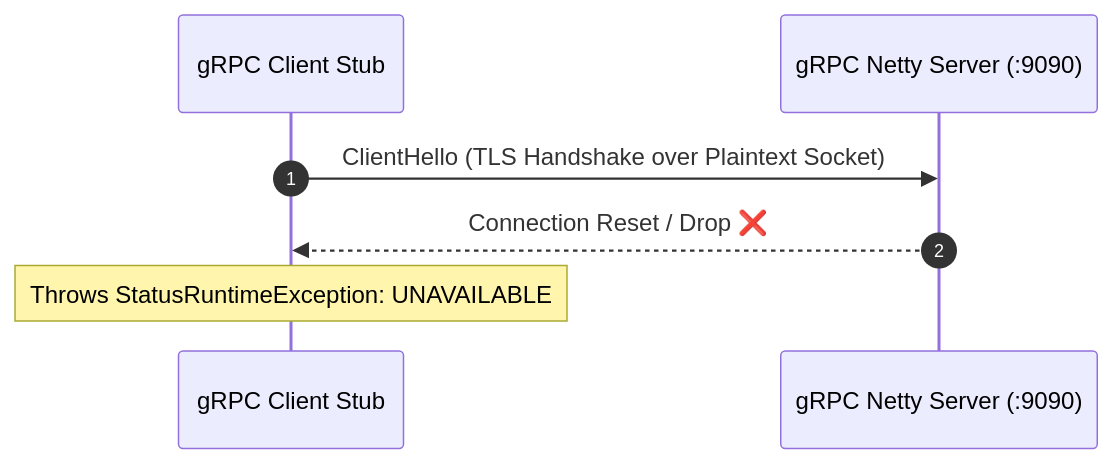
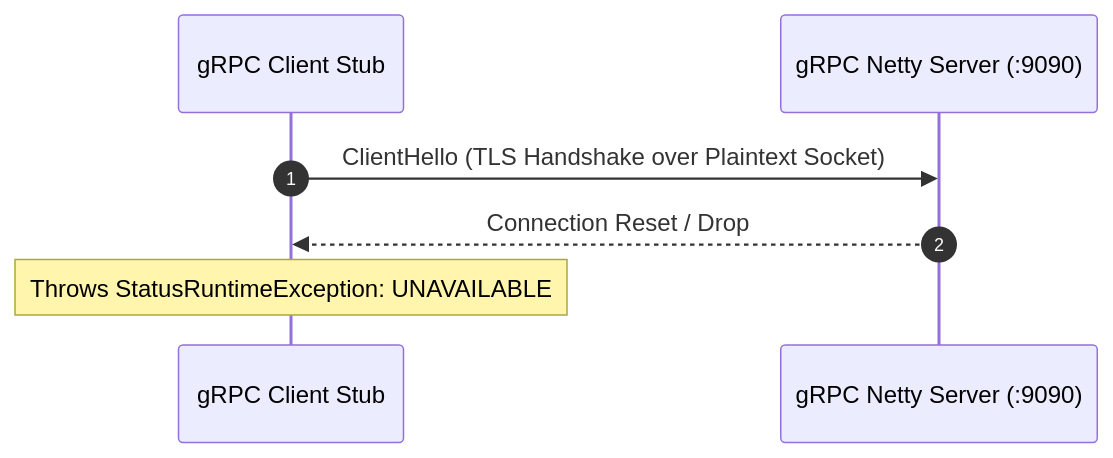
One commit to Rohit1024/spring-boot-mastery changed the second of 3 diagrams in docs/debugging/graphql-n-plus-1-grpc-and-websocket-broker-pitfalls.md. Above: the diagram before and after it, drawn with Mermaid. The commit also changed other lines of this file and 117 other files, not shown here.

````diff
--- a/docs/debugging/graphql-n-plus-1-grpc-and-websocket-broker-pitfalls.md
+++ b/docs/debugging/graphql-n-plus-1-grpc-and-websocket-broker-pitfalls.md
@@ -74,10 +74,10 @@
 ``` mermaid
 sequenceDiagram
     autonumber
     participant Client as gRPC Client Stub
     participant Server as gRPC Netty Server (:9090)
 
     Client->>Server: ClientHello (TLS Handshake over Plaintext Socket)
-    Server-->>Client: Connection Reset / Drop ❌
+    Server-->>Client: Connection Reset / Drop
     Note over Client: Throws StatusRuntimeException: UNAVAILABLE
 ```
````
